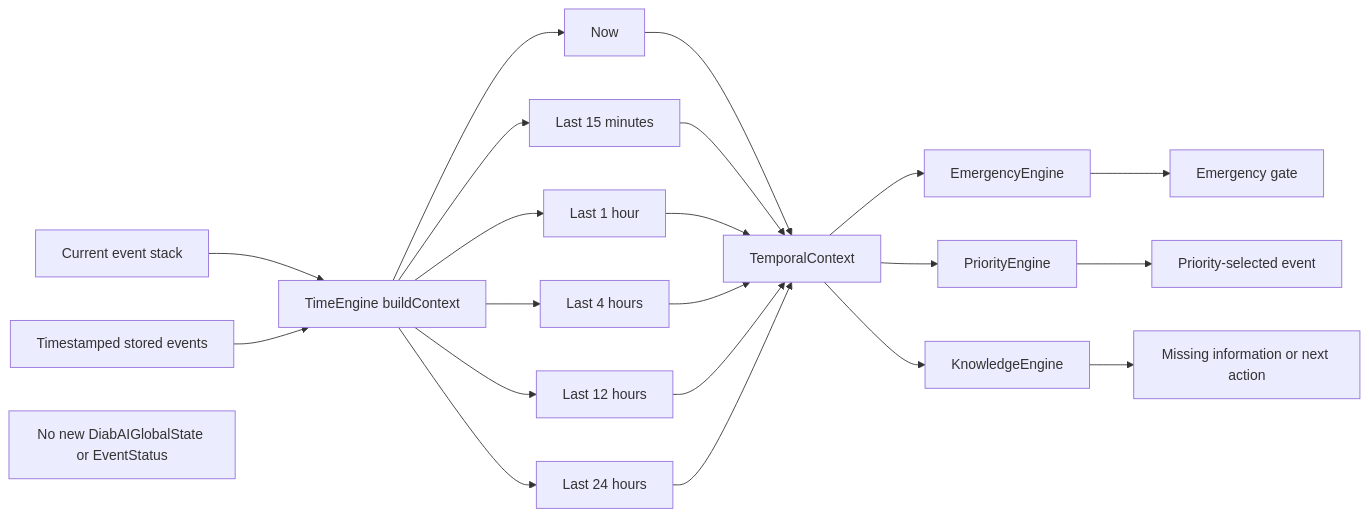
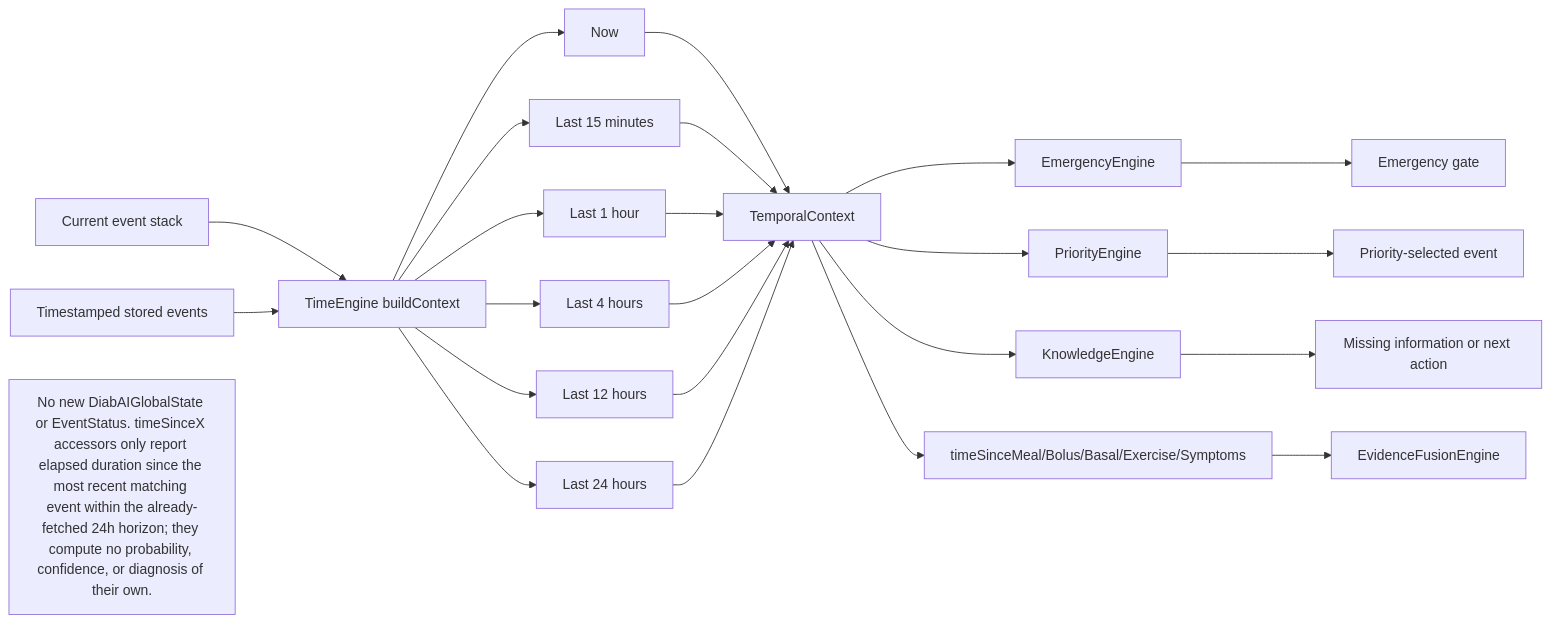
Before and after one commit to bioduds/diabot: the diagram in diabot/docs/fsm/time_engine.mmd, drawn with Mermaid. The commit also changed 38 other files, not shown here.

First line of the commit message:
DiabAI: Clinical Reasoning Layer (FSM V2, Phases 0-8)

```diff
--- a/diabot/docs/fsm/time_engine.mmd
+++ b/diabot/docs/fsm/time_engine.mmd
@@ -1,29 +1,31 @@
-%% fsm-contract: {"windows":[{"name":"last15Minutes","minutes":15},{"name":"last1Hour","minutes":60},{"name":"last4Hours","minutes":240},{"name":"last12Hours","minutes":720},{"name":"last24Hours","minutes":1440}],"eventTypes":["meal","exercise","insulin","symptoms","glucose"],"consumers":["emergency","priority","knowledge"],"timestamp":"createdAt","globalStateChange":false,"lifecycleChange":false}
+%% fsm-contract: {"windows":[{"name":"last15Minutes","minutes":15},{"name":"last1Hour","minutes":60},{"name":"last4Hours","minutes":240},{"name":"last12Hours","minutes":720},{"name":"last24Hours","minutes":1440}],"eventTypes":["meal","exercise","insulin","symptoms","glucose"],"consumers":["emergency","priority","knowledge"],"timestamp":"createdAt","timeSinceSignals":["meal","bolus","basal","exercise","symptoms"],"globalStateChange":false,"lifecycleChange":false}
 %% This contract is checked by test/fsm_mermaid_contract_test.dart.
 flowchart LR
   STACK[Current event stack] --> TIME[TimeEngine buildContext]
   HISTORY[Timestamped stored events] --> TIME
 
   TIME --> NOW[Now]
   TIME --> W15[Last 15 minutes]
   TIME --> W1[Last 1 hour]
   TIME --> W4[Last 4 hours]
   TIME --> W12[Last 12 hours]
   TIME --> W24[Last 24 hours]
 
   NOW --> CONTEXT[TemporalContext]
   W15 --> CONTEXT
   W1 --> CONTEXT
   W4 --> CONTEXT
   W12 --> CONTEXT
   W24 --> CONTEXT
 
   CONTEXT --> EMERGENCY[EmergencyEngine]
   CONTEXT --> PRIORITY[PriorityEngine]
   CONTEXT --> KNOWLEDGE[KnowledgeEngine]
+  CONTEXT --> TIMESINCE[timeSinceMeal/Bolus/Basal/Exercise/Symptoms]
+  TIMESINCE --> EVIDENCE[EvidenceFusionEngine]
 
   EMERGENCY --> GATE[Emergency gate]
   PRIORITY --> RESOLUTION[Priority-selected event]
   KNOWLEDGE --> MISSING[Missing information or next action]
 
-  NOTE[No new DiabAIGlobalState or EventStatus]
+  NOTE[No new DiabAIGlobalState or EventStatus. timeSinceX accessors only report elapsed duration since the most recent matching event within the already-fetched 24h horizon; they compute no probability, confidence, or diagnosis of their own.]
```
